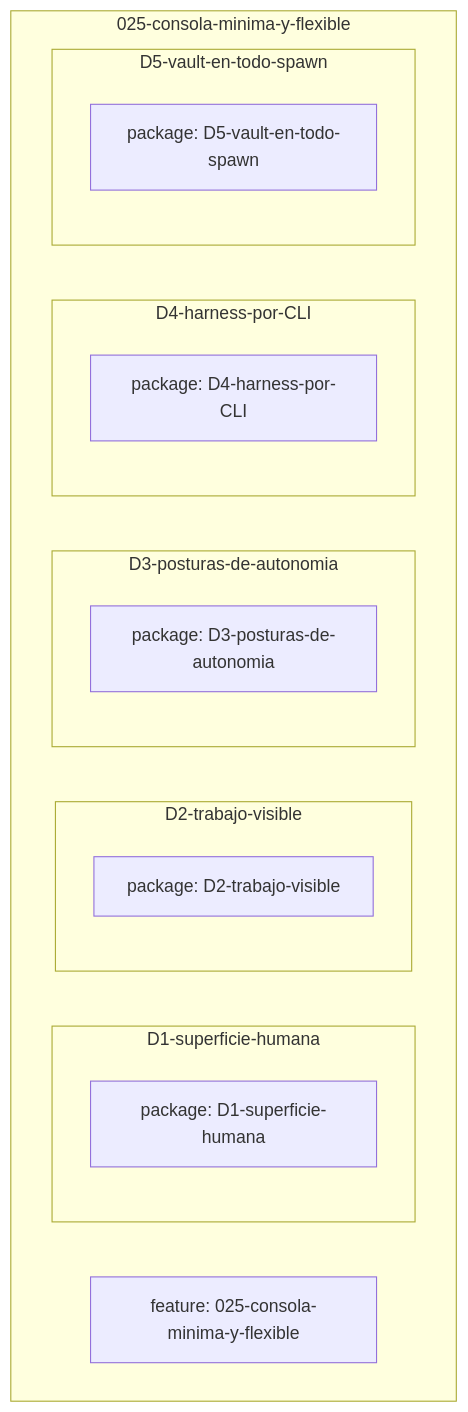
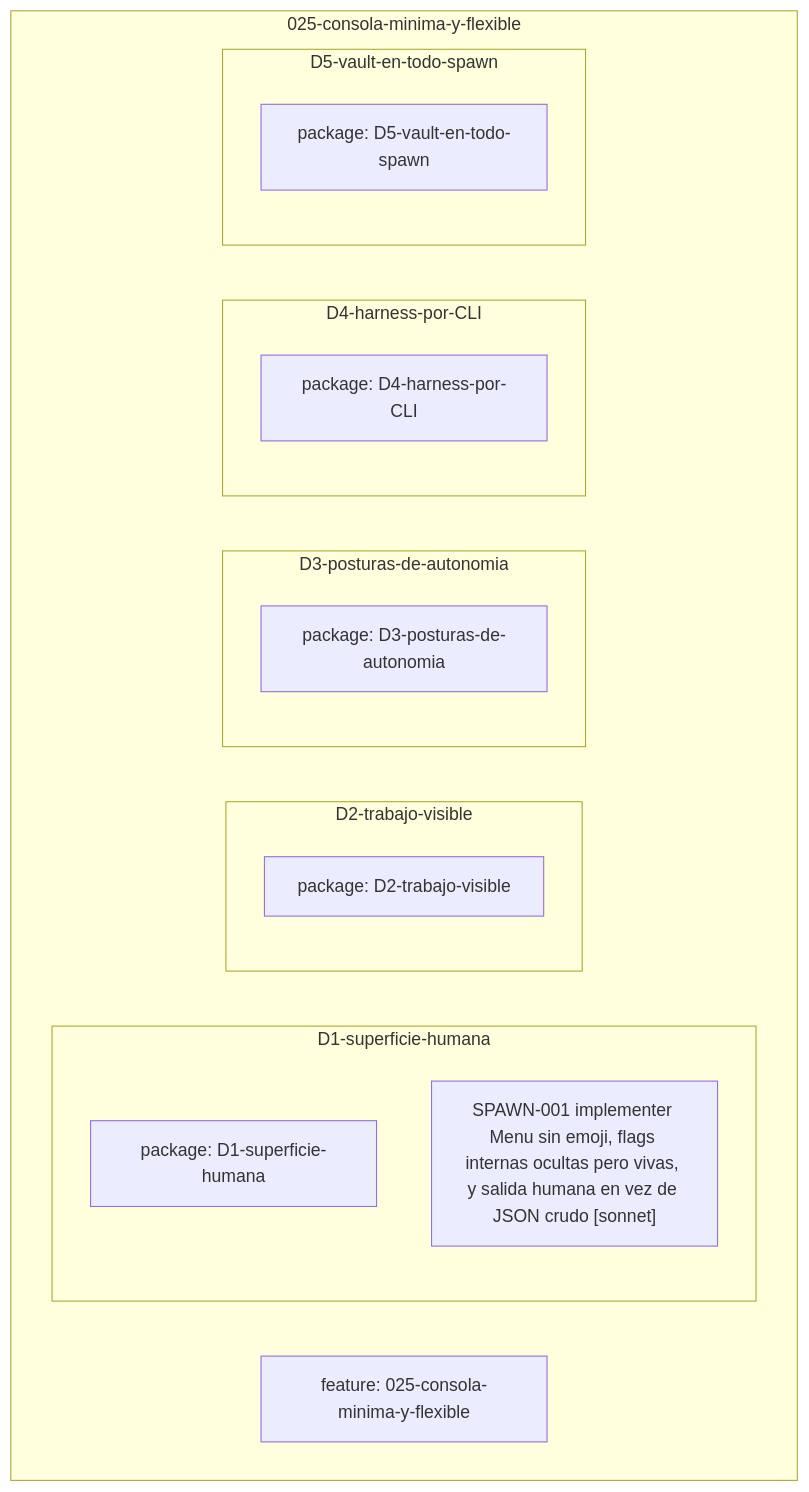
The diagram in docs/notas/features/025-consola-minima-y-flexible/grafo.md (federico0330/set-agents), drawn with Mermaid before and after one commit. The commit also changed 37 other files, not shown here.

````diff
--- a/docs/notas/features/025-consola-minima-y-flexible/grafo.md
+++ b/docs/notas/features/025-consola-minima-y-flexible/grafo.md
@@ -4,21 +4,22 @@
 ```mermaid
 flowchart TD
 subgraph sg_025_consola_minima_y_flexible["025-consola-minima-y-flexible"]
   feature_025_consola_minima_y_flexible_1["feature: 025-consola-minima-y-flexible"]
   subgraph sg_025_consola_minima_y_flexible_d1_superficie_humana["D1-superficie-humana"]
     package_025_consola_minima_y_flexible_d1_superficie_humana_1["package: D1-superficie-humana"]
+    spawn_025_consola_minima_y_flexible_d1_superficie_humana_1["SPAWN-001 implementer Menu sin emoji, flags internas ocultas pero vivas, y salida humana en vez de JSON crudo #91;sonnet#93;"]
   end
   subgraph sg_025_consola_minima_y_flexible_d2_trabajo_visible["D2-trabajo-visible"]
     package_025_consola_minima_y_flexible_d2_trabajo_visible_1["package: D2-trabajo-visible"]
   end
   subgraph sg_025_consola_minima_y_flexible_d3_posturas_de_autonomia["D3-posturas-de-autonomia"]
     package_025_consola_minima_y_flexible_d3_posturas_de_autonomia_1["package: D3-posturas-de-autonomia"]
   end
   subgraph sg_025_consola_minima_y_flexible_d4_harness_por_cli["D4-harness-por-CLI"]
     package_025_consola_minima_y_flexible_d4_harness_por_cli_1["package: D4-harness-por-CLI"]
   end
   subgraph sg_025_consola_minima_y_flexible_d5_vault_en_todo_spawn["D5-vault-en-todo-spawn"]
     package_025_consola_minima_y_flexible_d5_vault_en_todo_spawn_1["package: D5-vault-en-todo-spawn"]
   end
 end
 ```
````
